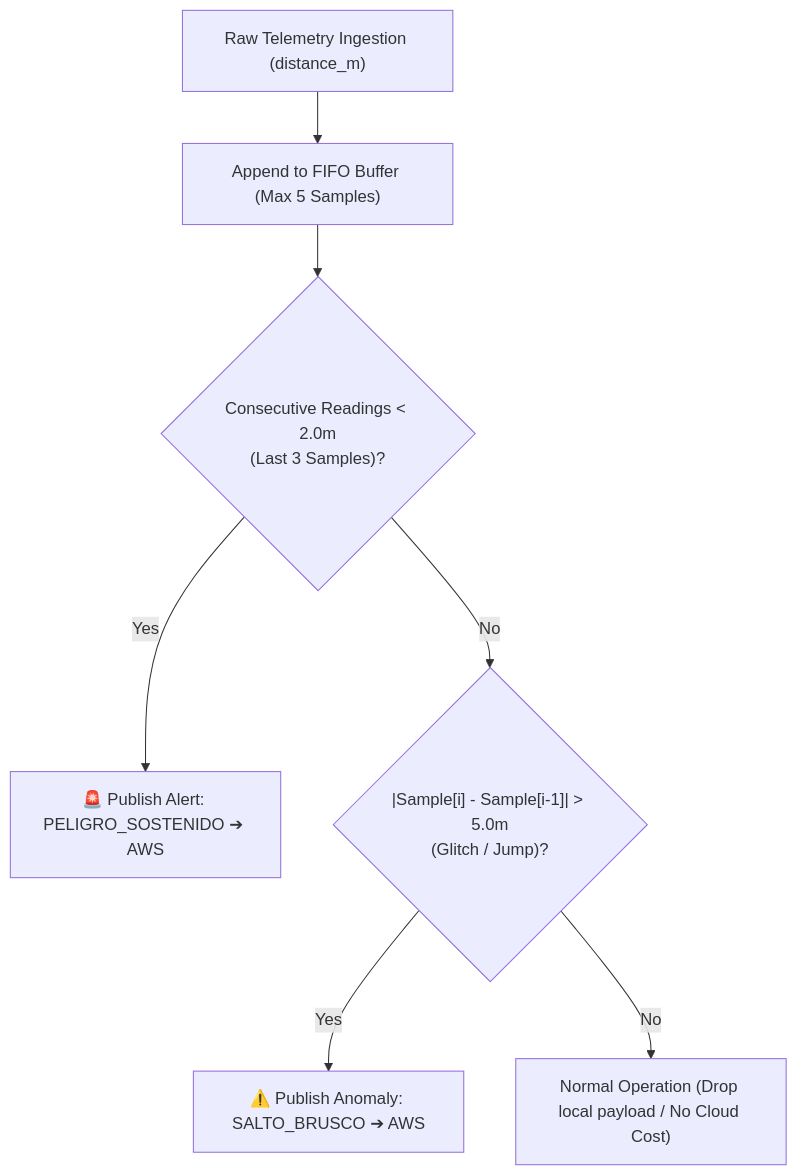
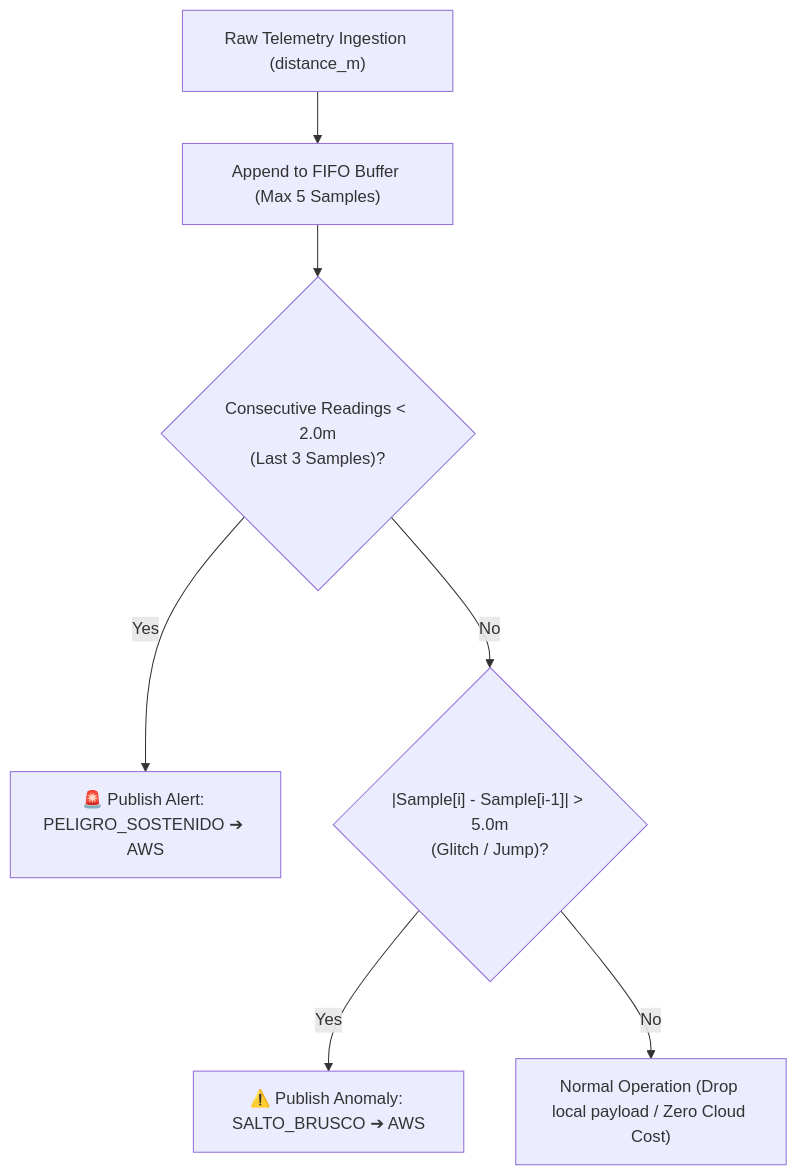
The diagram in README.md (Rivero-Agustin/embedded-linux-iot-gateway), drawn with Mermaid before and after one commit. The commit also changed other lines of this file and 1 other file, not shown here.

````diff
--- a/README.md
+++ b/README.md
@@ -76,9 +76,9 @@
 ```mermaid
 flowchart TD
     A["Raw Telemetry Ingestion (distance_m)"] --> B["Append to FIFO Buffer (Max 5 Samples)"]
     B --> C{"Consecutive Readings < 2.0m\n(Last 3 Samples)?"}
     C -- Yes --> D["🚨 Publish Alert: PELIGRO_SOSTENIDO ➔ AWS"]
     C -- No --> E{"|Sample[i] - Sample[i-1]| > 5.0m\n(Glitch / Jump)?"}
     E -- Yes --> F["⚠️ Publish Anomaly: SALTO_BRUSCO ➔ AWS"]
-    E -- No --> G["Normal Operation (Drop local payload / No Cloud Cost)"]
+    E -- No --> G["Normal Operation (Drop local payload / Zero Cloud Cost)"]
 ```
````
